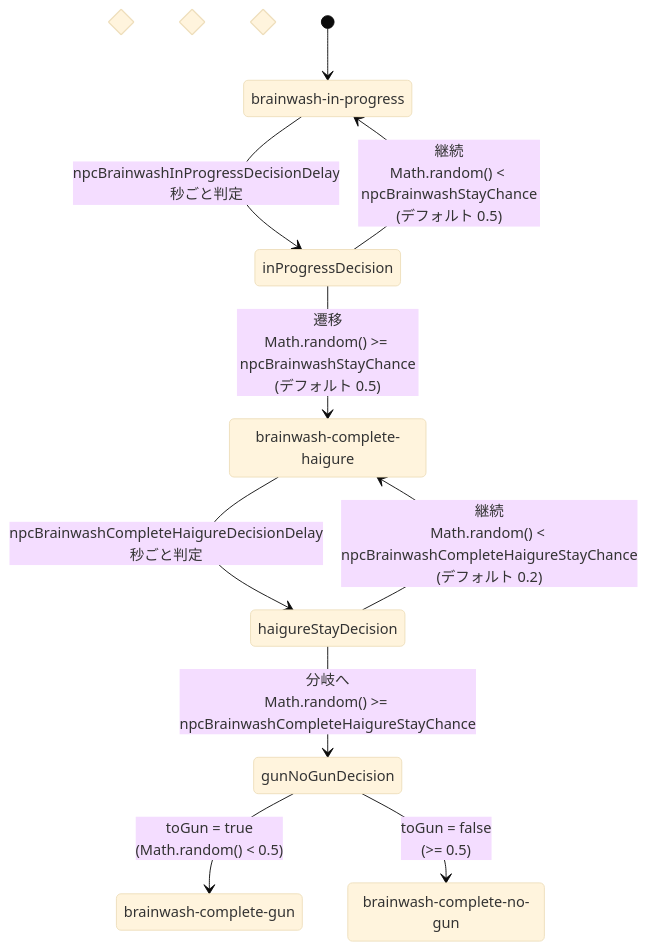
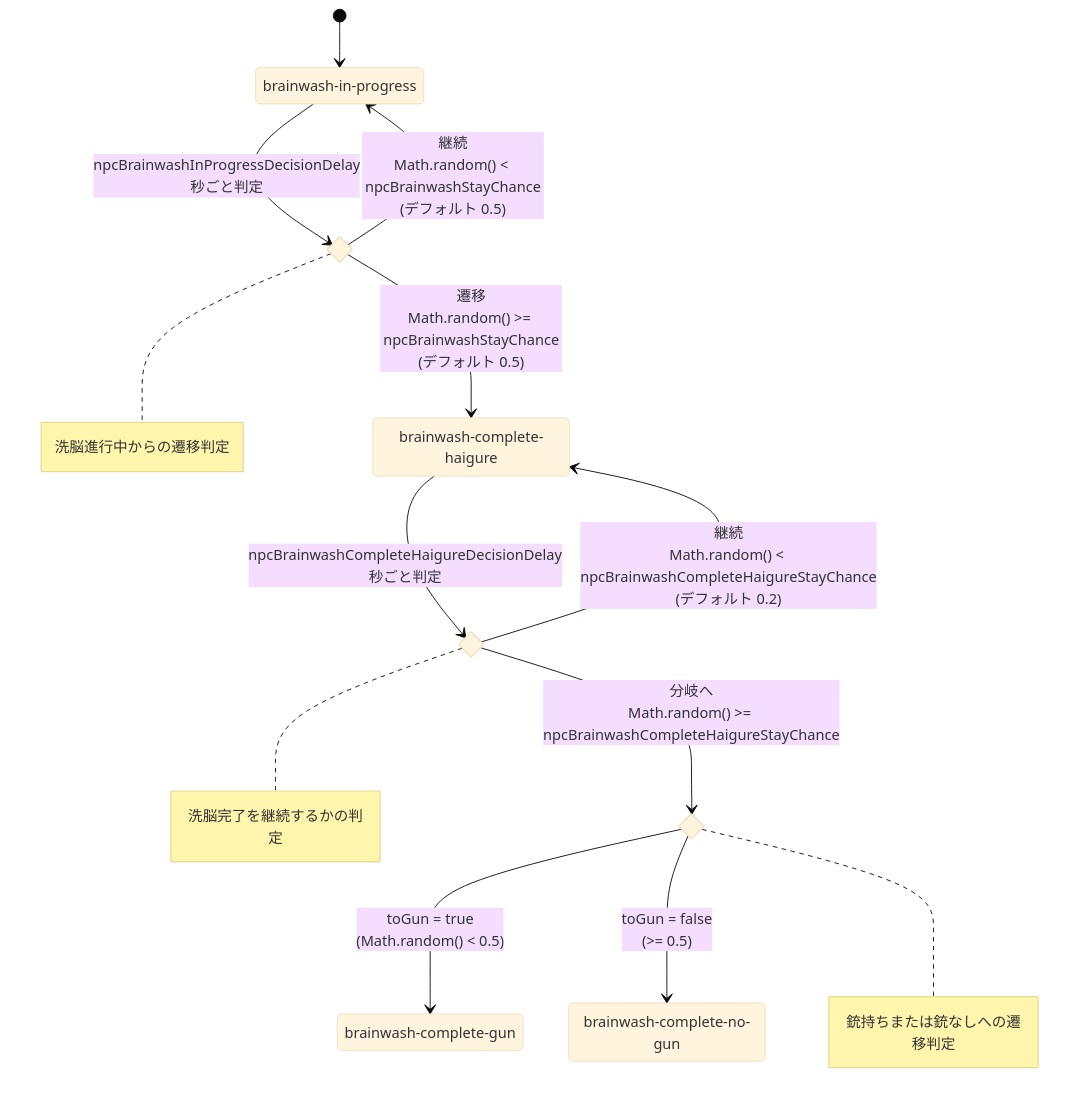
Before and after one commit to catoriinu/haigure_survival: the diagram in README.md, drawn with Mermaid (base theme).

Commit message:
fix: 洗脳状態遷移図の状態名を簡略化し、可読性を向上

````diff
--- a/README.md
+++ b/README.md
@@ -159,23 +159,33 @@
 ```mermaid
 stateDiagram-v2
     state "brainwash-in-progress" as brainwashInProgress
     state "brainwash-complete-haigure" as brainwashCompleteHaigure
     state "brainwash-complete-gun" as brainwashCompleteGun
     state "brainwash-complete-no-gun" as brainwashCompleteNoGun
 
-    state "洗脳進行中からの遷移判定" as inProgressDecision <<choice>>
-    state "洗脳完了を継続するかの判定" as haigureStayDecision <<choice>>
-    state "銃持ちまたは銃なしへの遷移判定" as gunNoGunDecision <<choice>>
+    state inProgressDecision <<choice>>
+    state haigureStayDecision <<choice>>
+    state gunNoGunDecision <<choice>>
+
+    note right of inProgressDecision
+      洗脳進行中からの遷移判定
+    end note
+    note right of haigureStayDecision
+      洗脳完了を継続するかの判定
+    end note
+    note right of gunNoGunDecision
+      銃持ちまたは銃なしへの遷移判定
+    end note
 
     [*] --> brainwashInProgress
 
     brainwashInProgress --> inProgressDecision: npcBrainwashInProgressDecisionDelay秒ごと判定
     inProgressDecision --> brainwashInProgress: 継続<br/>Math.random() < npcBrainwashStayChance<br/>(デフォルト 0.5)
     inProgressDecision --> brainwashCompleteHaigure: 遷移<br/>Math.random() >= npcBrainwashStayChance<br/>(デフォルト 0.5)
 
     brainwashCompleteHaigure --> haigureStayDecision: npcBrainwashCompleteHaigureDecisionDelay秒ごと判定
     haigureStayDecision --> brainwashCompleteHaigure: 継続<br/>Math.random() < npcBrainwashCompleteHaigureStayChance<br/>(デフォルト 0.2)
     haigureStayDecision --> gunNoGunDecision: 分岐へ<br/>Math.random() >= npcBrainwashCompleteHaigureStayChance
     gunNoGunDecision --> brainwashCompleteGun: toGun = true<br/>(Math.random() < 0.5)
     gunNoGunDecision --> brainwashCompleteNoGun: toGun = false<br/>(>= 0.5)
 ```
````
